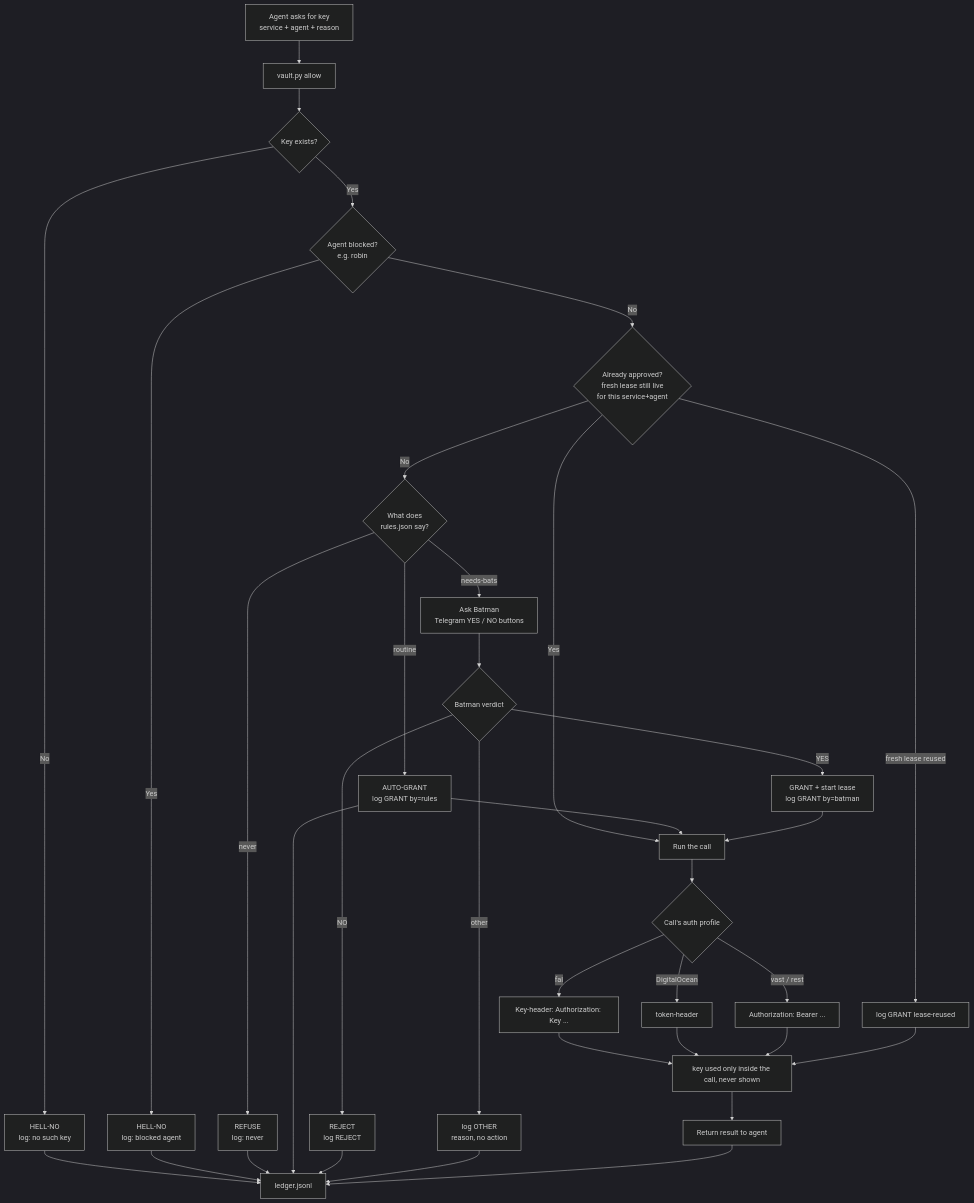
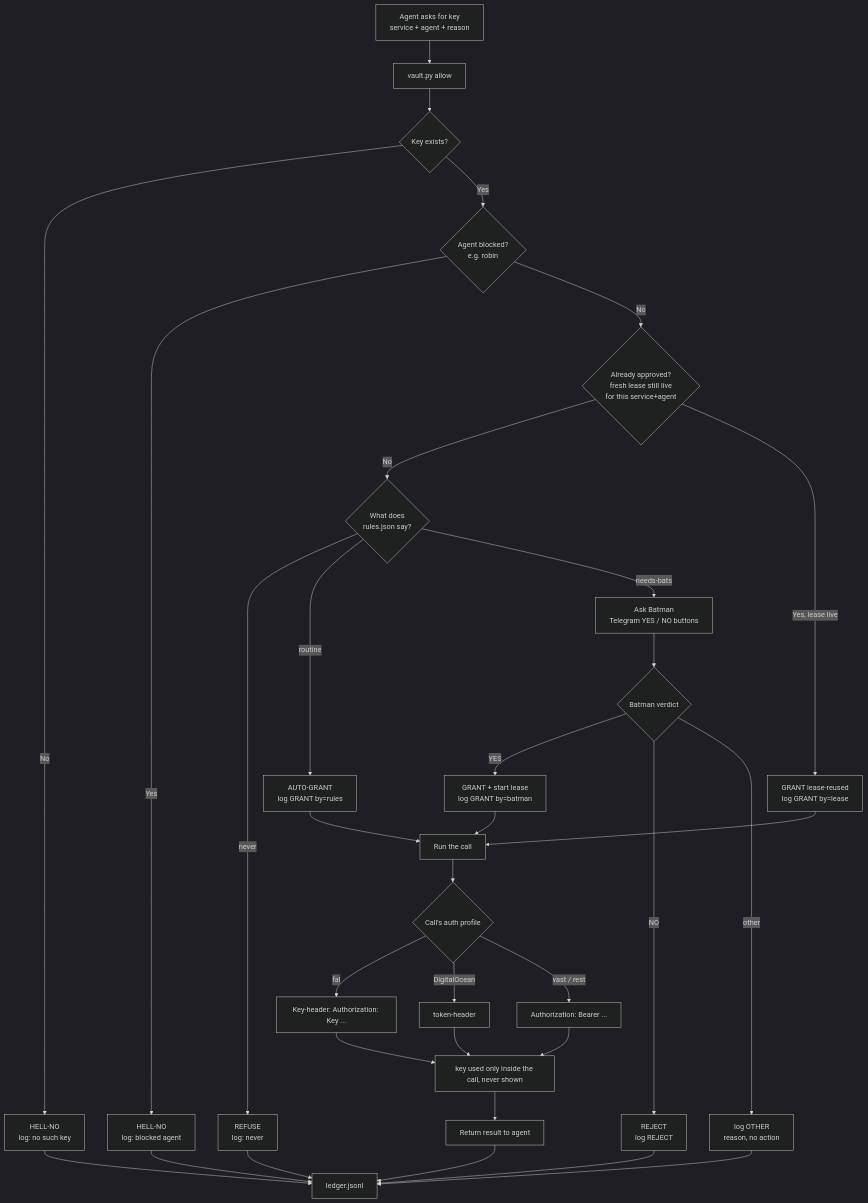
The diagram in FLOW.md (GuyTheBlue/private-api-vault), drawn with Mermaid (dark theme) before and after one commit.

Commit message:
FLOW.md: single ledger sink — no duplicate grant->ledger lines

````diff
--- a/FLOW.md
+++ b/FLOW.md
@@ -7,44 +7,42 @@
 ```mermaid
 flowchart TD
     A[Agent asks for key<br/>service + agent + reason] --> B[vault.py allow]
 
     B --> C{Key exists?}
     C -- No --> D[HELL-NO<br/>log: no such key]
     C -- Yes --> E{Agent blocked?<br/>e.g. robin}
     E -- Yes --> F[HELL-NO<br/>log: blocked agent]
     E -- No --> H{Already approved?<br/>fresh lease still live<br/>for this service+agent}
-    H -- Yes --> RUN[Run the call]
+
     H -- No --> G{What does<br/>rules.json say?}
+    H -- Yes, lease live --> R[GRANT lease-reused<br/>log GRANT by=lease]
+    R --> RUN[Run the call]
 
     G -- never --> J[REFUSE<br/>log: never]
     G -- routine --> K[AUTO-GRANT<br/>log GRANT by=rules]
     K --> RUN
     G -- needs-bats --> I[Ask Batman<br/>Telegram YES / NO buttons]
 
     I --> N{Batman verdict}
     N -- YES --> L[GRANT + start lease<br/>log GRANT by=batman]
+    L --> RUN
     N -- NO --> P[REJECT<br/>log REJECT]
     N -- other --> Q[log OTHER<br/>reason, no action]
-
-    L --> RUN
 
     RUN --> T{Call's auth profile}
     T -- fal --> U[Key-header: Authorization: Key ...]
     T -- DigitalOcean --> V[token-header]
     T -- vast / rest --> W[Authorization: Bearer ...]
 
     U --> XS[key used only inside the call, never shown]
     V --> XS
     W --> XS
     XS --> Y[Return result to agent]
 
     D --> Z[ledger.jsonl]
     F --> Z
     J --> Z
-    K --> Z
     P --> Z
     Q --> Z
-    H -- fresh lease reused --> R[log GRANT lease-reused]
-    R --> XS
     Y --> Z
 ```
````
